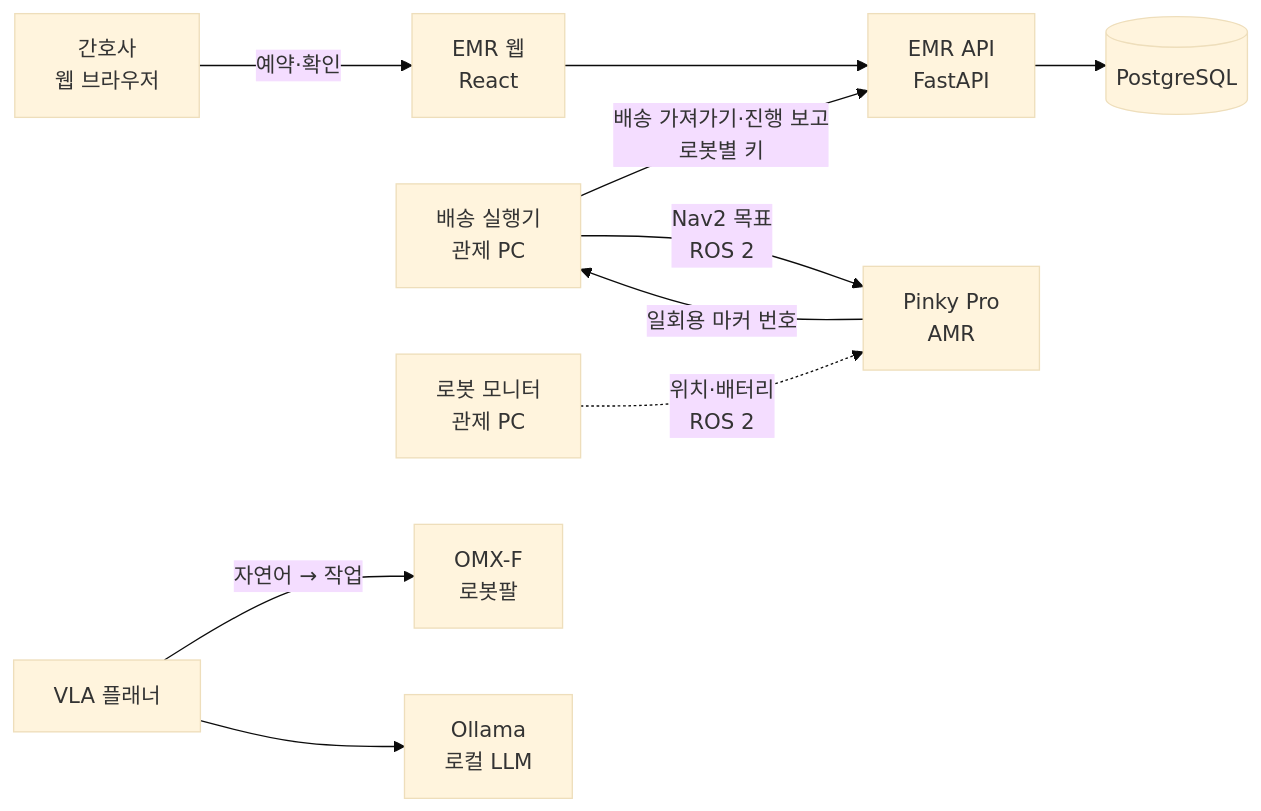
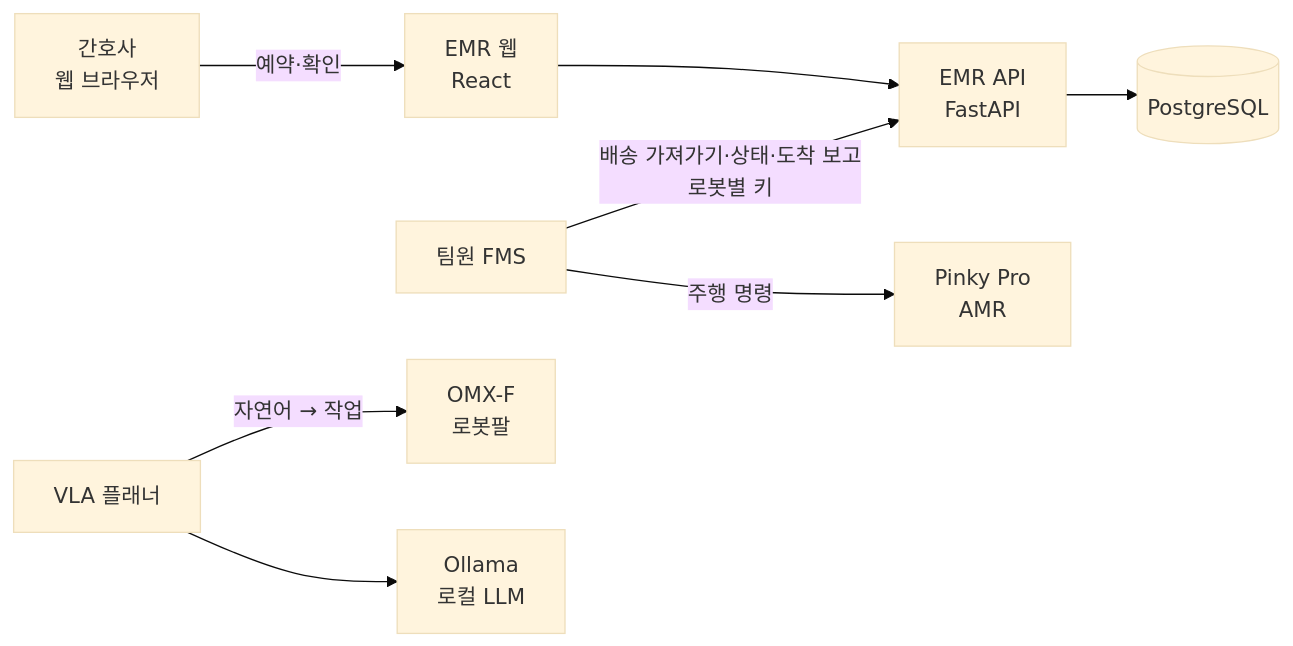
One commit to kernel-robot-9th/kernel-robot-repo-2 changed the diagram in README.md. Above: the diagram before and after it, drawn with Mermaid (base theme). The commit also changed other lines of this file and 133 other files, not shown here.

````diff
--- a/README.md
+++ b/README.md
@@ -9,12 +9,10 @@
 ```mermaid
 flowchart LR
   N["간호사<br/>웹 브라우저"] -->|예약·확인| W["EMR 웹<br/>React"]
   W --> A["EMR API<br/>FastAPI"]
   A --> D[("PostgreSQL")]
-  X["배송 실행기<br/>관제 PC"] -->|배송 가져가기·진행 보고<br/>로봇별 키| A
-  X -->|Nav2 목표<br/>ROS 2| P["Pinky Pro<br/>AMR"]
-  P -->|일회용 마커 번호| X
-  M["로봇 모니터<br/>관제 PC"] -.->|위치·배터리<br/>ROS 2| P
+  X["팀원 FMS"] -->|배송 가져가기·상태·도착 보고<br/>로봇별 키| A
+  X -->|주행 명령| P["Pinky Pro<br/>AMR"]
   V["VLA 플래너"] -->|자연어 → 작업| O["OMX-F<br/>로봇팔"]
   V --> L["Ollama<br/>로컬 LLM"]
 ```
````
